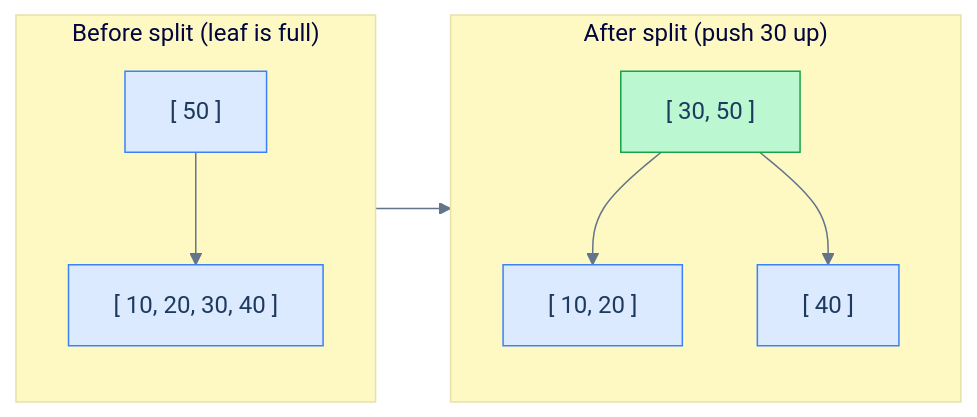
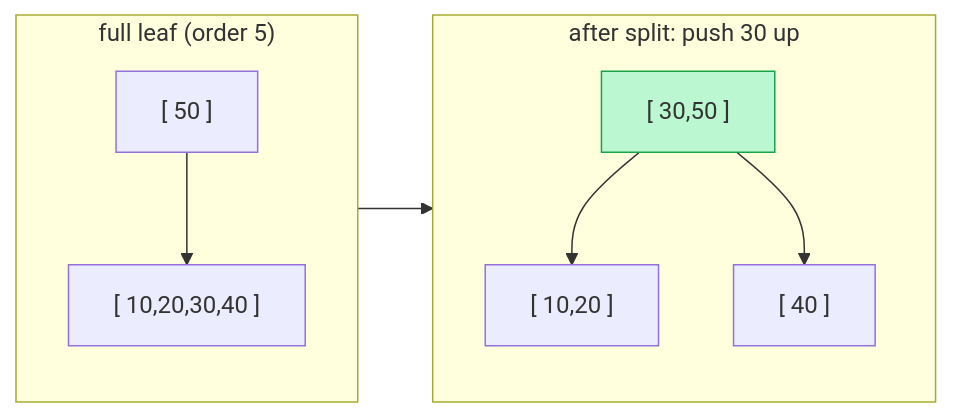
One commit to ani2fun/codefolio changed the first of 2 diagrams in content/cortex/data-structures-and-algorithms/03-trees/08-b-tree/01-introduction-to-b-trees.md. Above: the diagram before and after it, drawn with Mermaid. The commit also changed other lines of this file and 1049 other files, not shown here.

````diff
--- a/content/cortex/data-structures-and-algorithms/03-trees/08-b-tree/01-introduction-to-b-trees.md
+++ b/content/cortex/data-structures-and-algorithms/03-trees/08-b-tree/01-introduction-to-b-trees.md
@@ -134,28 +97,12 @@
 ```mermaid
----
-config:
-  theme: base
-  themeVariables:
-    primaryColor: "#dbeafe"
-    primaryBorderColor: "#3b82f6"
-    primaryTextColor: "#1e3a5f"
-    lineColor: "#64748b"
-    secondaryColor: "#ede9fe"
-    tertiaryColor: "#fef9c3"
----
 flowchart LR
-  subgraph BEFORE["Before split (leaf is full)"]
-    B0["[ 50 ]"]
-    B1["[ 10, 20, 30, 40 ]"]
-    B0 --> B1
+  subgraph Before["full leaf (order 5)"]
+    B0["[ 50 ]"] --> B1["[ 10,20,30,40 ]"]
   end
-  subgraph AFTER["After split (push 30 up)"]
-    A0["[ 30, 50 ]"]
-    A1["[ 10, 20 ]"]
-    A2["[ 40 ]"]
-    A0 --> A1
-    A0 --> A2
+  subgraph After["after split: push 30 up"]
+    A0["[ 30,50 ]"] --> A1["[ 10,20 ]"]
+    A0 --> A2["[ 40 ]"]
   end
-  BEFORE --> AFTER
+  Before --> After
   style A0 fill:#bbf7d0,stroke:#16a34a
 ```
````
